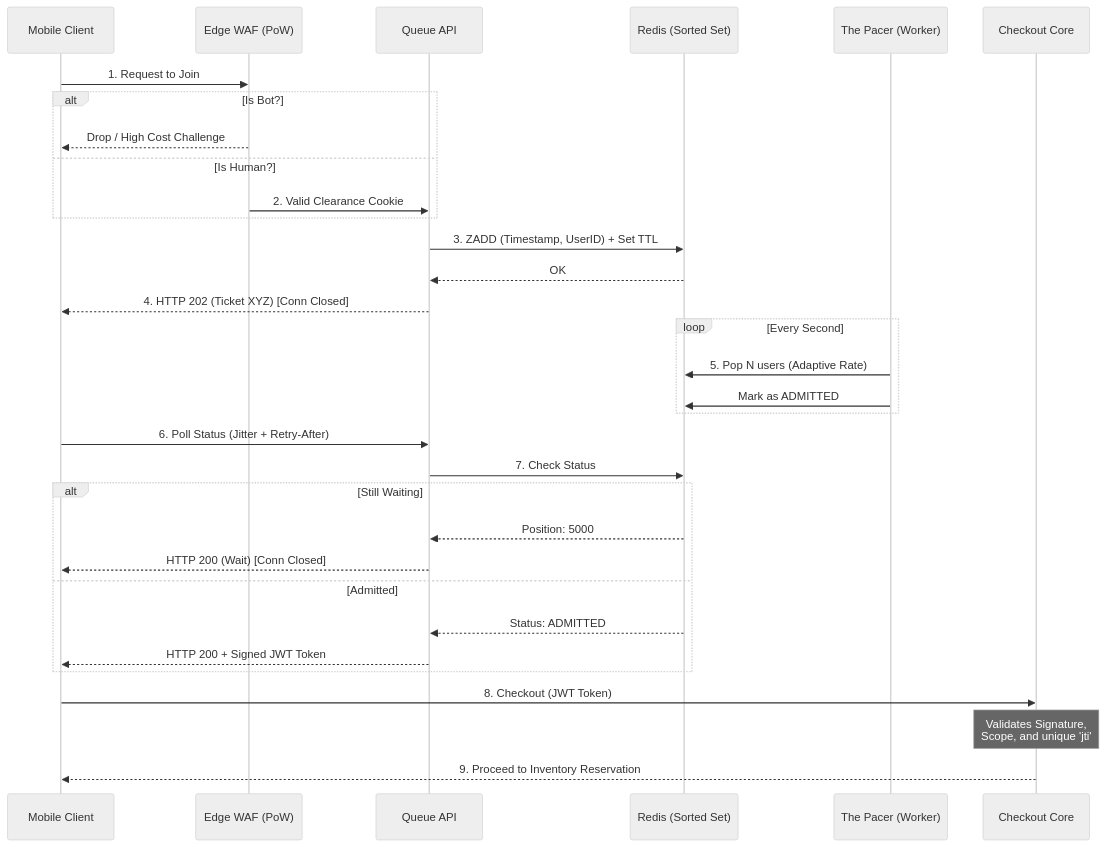
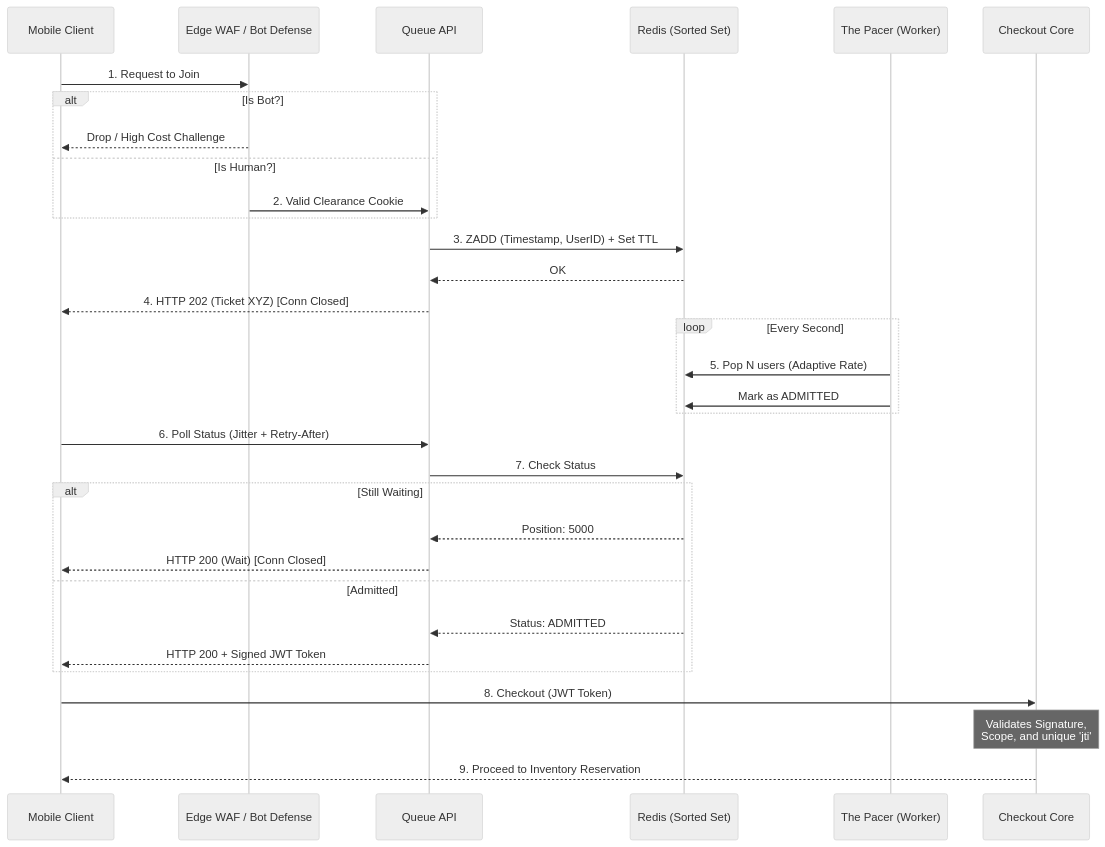
The diagram in content/posts/series_3/2.global_flash_sale_engine_admission.md (tuanhiep/tuanhiep.github.io), drawn with Mermaid (neutral theme) before and after one commit. The commit also changed other lines of this file, not shown here.

````diff
--- a/content/posts/series_3/2.global_flash_sale_engine_admission.md
+++ b/content/posts/series_3/2.global_flash_sale_engine_admission.md
@@ -91,44 +90,44 @@
 ```mermaid
 sequenceDiagram
     participant C as Mobile Client
-    participant W as Edge WAF (PoW)
+    participant W as Edge WAF / Bot Defense
     participant Q as Queue API
     participant R as Redis (Sorted Set)
     participant P as The Pacer (Worker)
     participant Core as Checkout Core
 
     %% Phase 1: Edge Defense
     C->>W: 1. Request to Join
     alt Is Bot?
         W-->>C: Drop / High Cost Challenge
     else Is Human?
         W->>Q: 2. Valid Clearance Cookie
     end
     
     %% Phase 2: Async Queue
     Q->>R: 3. ZADD (Timestamp, UserID) + Set TTL
     R-->>Q: OK
     Q-->>C: 4. HTTP 202 (Ticket XYZ) [Conn Closed]
     
     %% Phase 3: Pacing & Token Generation
     loop Every Second
         P->>R: 5. Pop N users (Adaptive Rate)
         P->>R: Mark as ADMITTED
     end
 
     C->>Q: 6. Poll Status (Jitter + Retry-After)
     Q->>R: 7. Check Status
     alt Still Waiting
         R-->>Q: Position: 5000
         Q-->>C: HTTP 200 (Wait) [Conn Closed]
     else Admitted
         R-->>Q: Status: ADMITTED
         Q-->>C: HTTP 200 + Signed JWT Token
     end
     
     %% Phase 4: Core Execution
     C->>Core: 8. Checkout (JWT Token)
     Note over Core: Validates Signature,<br/>Scope, and unique 'jti'
     Core-->>C: 9. Proceed to Inventory Reservation
 
 ```
````
